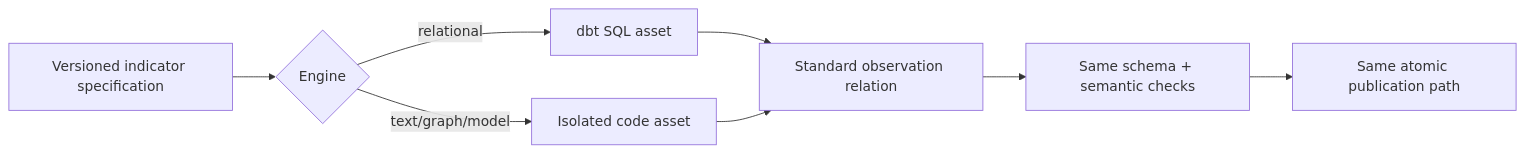
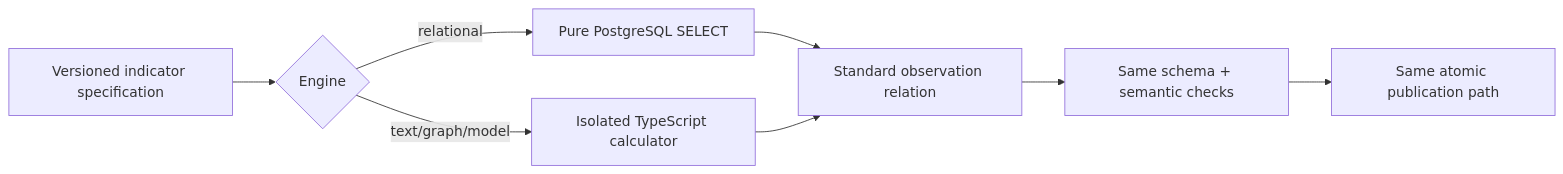
The fourth of 5 diagrams in docs/risk-indicators-public-page-and-maintenance.md (Viespirkiu-grupe/viespirkiai), drawn with Mermaid before and after one commit. The commit also changed other lines of this file and 1 other file, not shown here.

````diff
--- a/docs/risk-indicators-public-page-and-maintenance.md
+++ b/docs/risk-indicators-public-page-and-maintenance.md
@@ -547,10 +508,10 @@
 ```mermaid
 flowchart LR
     M[Versioned indicator specification] --> E{Engine}
-    E -->|relational| S[dbt SQL asset]
-    E -->|text/graph/model| C[Isolated code asset]
+    E -->|relational| S[Pure PostgreSQL SELECT]
+    E -->|text/graph/model| C[Isolated TypeScript calculator]
     S --> O[Standard observation relation]
     C --> O
     O --> V[Same schema + semantic checks]
     V --> P[Same atomic publication path]
 ```
````
